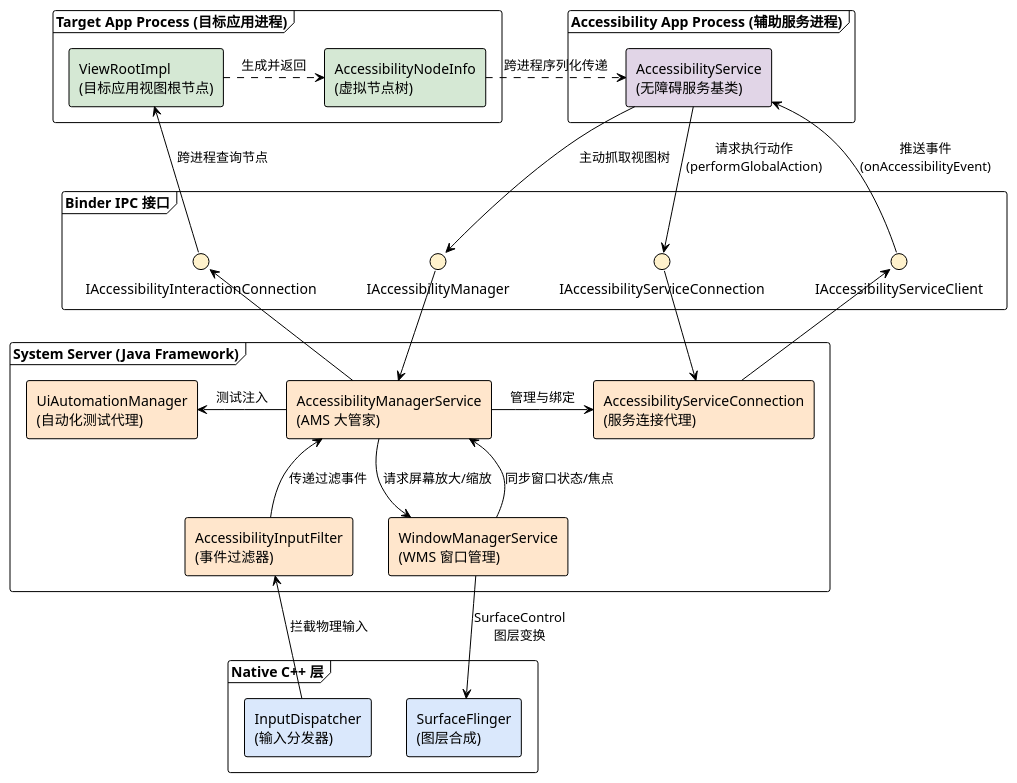
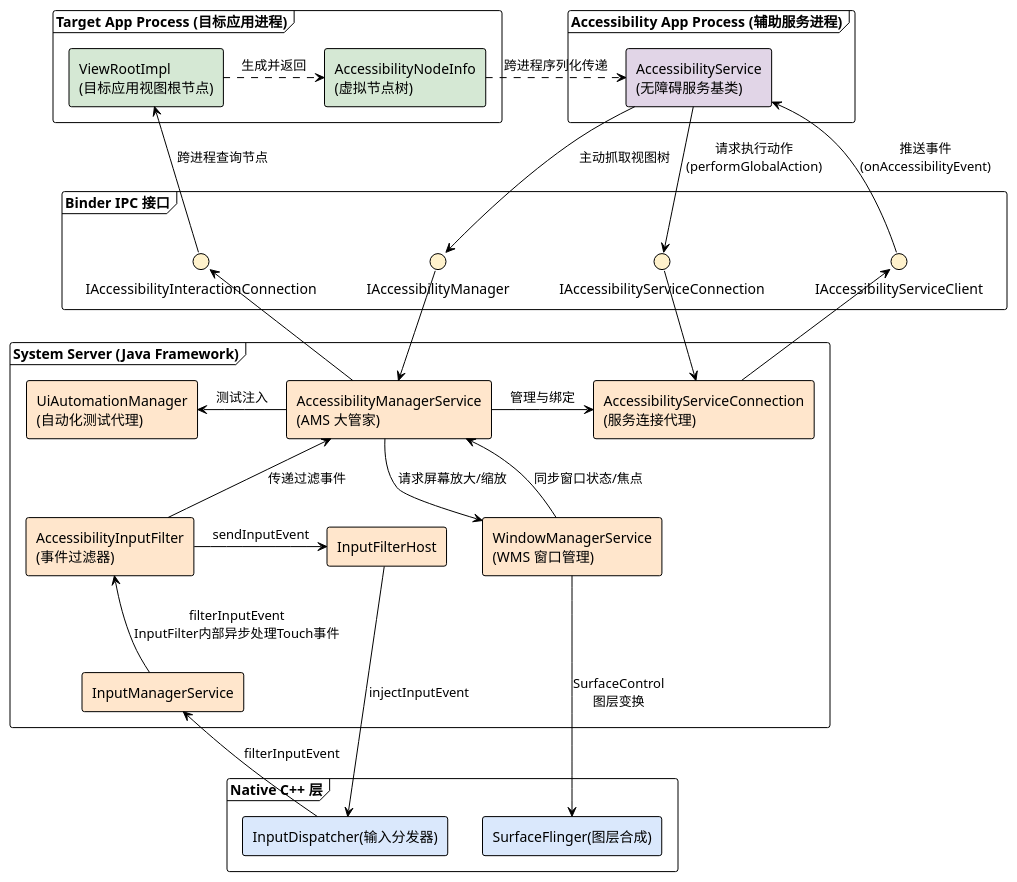
The third of 5 diagrams in content/android-dev/windowmanager/accessibility_service.md (Ethen-Cao/ethenslab), drawn with PlantUML before and after one commit. The commit also changed other lines of this file and 2 other files, not shown here.

````diff
--- a/content/android-dev/windowmanager/accessibility_service.md
+++ b/content/android-dev/windowmanager/accessibility_service.md
@@ -148,67 +148,73 @@
 ```plantuml
 @startuml
 !theme plain
 skinparam componentStyle rectangle
 top to bottom direction
 
 frame "Accessibility App Process (辅助服务进程)" {
     [AccessibilityService\n(无障碍服务基类)] as A11yService #e1d5e7
 }
 
 frame "Target App Process (目标应用进程)" {
     [ViewRootImpl\n(目标应用视图根节点)] as ViewRoot #d5e8d4
     [AccessibilityNodeInfo\n(虚拟节点树)] as A11yNode #d5e8d4
 }
 
 frame "Binder IPC 接口" {
     interface "IAccessibilityServiceClient" as IA11yClient #fff2cc
     interface "IAccessibilityServiceConnection" as IA11yConn #fff2cc
     interface "IAccessibilityManager" as IA11yManager #fff2cc
     interface "IAccessibilityInteractionConnection" as IWindow #fff2cc
 }
 
 frame "System Server (Java Framework)" {
     [AccessibilityManagerService\n(AMS 大管家)] as AMS #ffe6cc
     [AccessibilityServiceConnection\n(服务连接代理)] as Conn #ffe6cc
     [UiAutomationManager\n(自动化测试代理)] as UiTest #ffe6cc
     [AccessibilityInputFilter\n(事件过滤器)] as InputFilter #ffe6cc
     [WindowManagerService\n(WMS 窗口管理)] as WMS #ffe6cc
+    [InputManagerService] as InputManagerService #ffe6cc
+    [InputFilterHost] as InputFilterHost #ffe6cc
 }
 
 frame "Native C++ 层" {
-    [InputDispatcher\n(输入分发器)] as InputDispatcher #dae8fc
-    [SurfaceFlinger\n(图层合成)] as SurfaceFlinger #dae8fc
+    [InputDispatcher(输入分发器)] as InputDispatcher #dae8fc
+    [SurfaceFlinger(图层合成)] as SurfaceFlinger #dae8fc
 }
 
 ' ==========================================
 '  关系连线 (强制 Top to Bottom 布局)
 ' ==========================================
 
 ' 1. App <--> Binder 接口
 IA11yClient -up-> A11yService : 推送事件\n(onAccessibilityEvent)
 A11yService -down-> IA11yConn : 请求执行动作\n(performGlobalAction)
 A11yService -down-> IA11yManager : 主动抓取视图树
 IWindow -up-> ViewRoot : 跨进程查询节点
 
 ' 2. App 内部视图树流转
 ViewRoot .right.> A11yNode : 生成并返回
 A11yNode .right.> A11yService : 跨进程序列化传递
 
 ' 3. Binder 接口 <--> System Server
 Conn -up-> IA11yClient 
 IA11yConn -down-> Conn
 IA11yManager -down-> AMS
 AMS -up-> IWindow 
 
 ' 4. System Server 内部交互
 AMS -right-> Conn : 管理与绑定
 AMS -left-> UiTest : 测试注入
 InputFilter -up-> AMS : 传递过滤事件
+InputFilter -left-> InputFilterHost:sendInputEvent
 WMS -up-> AMS : 同步窗口状态/焦点
 AMS -down-> WMS : 请求屏幕放大/缩放
 
 ' 5. System Server <--> Native
-InputDispatcher -up-> InputFilter : 拦截物理输入
+InputDispatcher -up-> InputManagerService:filterInputEvent
+InputManagerService -up-> InputFilter:filterInputEvent\nInputFilter内部异步处理Touch事件
+
+InputFilterHost --> InputDispatcher:injectInputEvent
 WMS -down-> SurfaceFlinger : SurfaceControl\n图层变换
 @enduml
 ```
````
